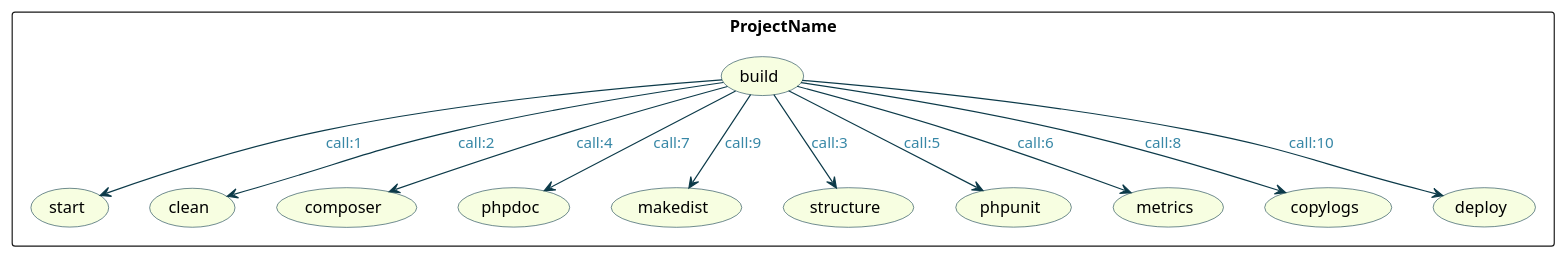
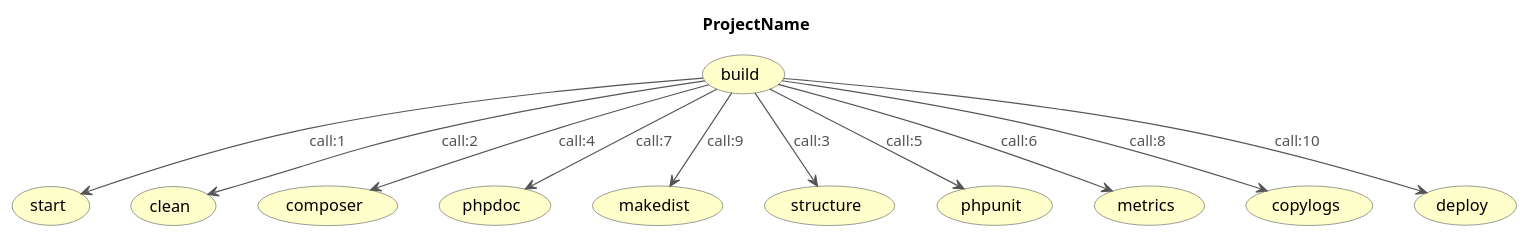
One commit to jawira/phing-visualizer changed the diagram in resources/puml/gist-alphabraga.puml. Above: the diagram before and after it, drawn with PlantUML. The commit also changed 5 other files, not shown here.

```diff
--- a/resources/puml/gist-alphabraga.puml
+++ b/resources/puml/gist-alphabraga.puml
@@ -1,36 +1,40 @@
 @startuml
 
+title ProjectName
+hide stereotype
 skinparam Arrow {
-Color #0C3A49
-FontColor #3787A6
+Color #555555
+FontColor #555555
 }
 skinparam UseCase {
-BackgroundColor #F7FEE1
-BorderColor #0C3A49
+BackgroundColor #FFFFCC
+BorderColor #555555
 }
 
-rectangle "ProjectName" {
-(build)
-(start)
-(clean)
-(composer)
-(phpdoc)
-(makedist)
-(structure)
-(phpunit)
-(metrics)
-(copylogs)
-(deploy)
+skinparam UseCase {
+BackgroundColor<< ProjectName >> #FFFFCC
 }
+(build)<< ProjectName >>
+(start)<< ProjectName >>
+(clean)<< ProjectName >>
+(composer)<< ProjectName >>
+(phpdoc)<< ProjectName >>
+(makedist)<< ProjectName >>
+(structure)<< ProjectName >>
+(phpunit)<< ProjectName >>
+(metrics)<< ProjectName >>
+(copylogs)<< ProjectName >>
+(deploy)<< ProjectName >>
+
 
 (build) --> (start) : call:1
 (build) --> (clean) : call:2
 (build) --> (structure) : call:3
 (build) --> (composer) : call:4
 (build) --> (phpunit) : call:5
 (build) --> (metrics) : call:6
 (build) --> (phpdoc) : call:7
 (build) --> (copylogs) : call:8
 (build) --> (makedist) : call:9
 (build) --> (deploy) : call:10
 @enduml
```
